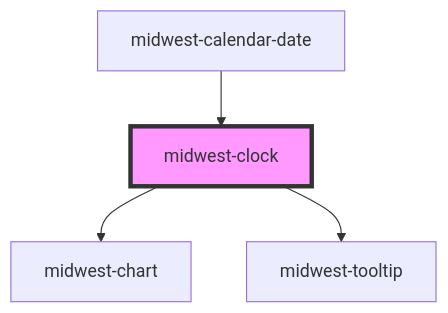
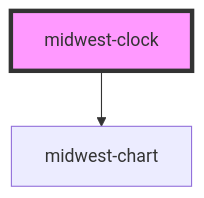
The diagram in packages/helpers/docs/components/clock/readme.md (splitinfinities/Midwest), drawn with Mermaid before and after one commit. The commit also changed other lines of this file and 33 other files, not shown here.

````diff
--- a/packages/helpers/docs/components/clock/readme.md
+++ b/packages/helpers/docs/components/clock/readme.md
@@ -30,7 +25,5 @@
 ```mermaid
 graph TD;
   midwest-clock --> midwest-chart
-  midwest-clock --> midwest-tooltip
-  midwest-calendar-date --> midwest-clock
   style midwest-clock fill:#f9f,stroke:#333,stroke-width:4px
 ```
````
